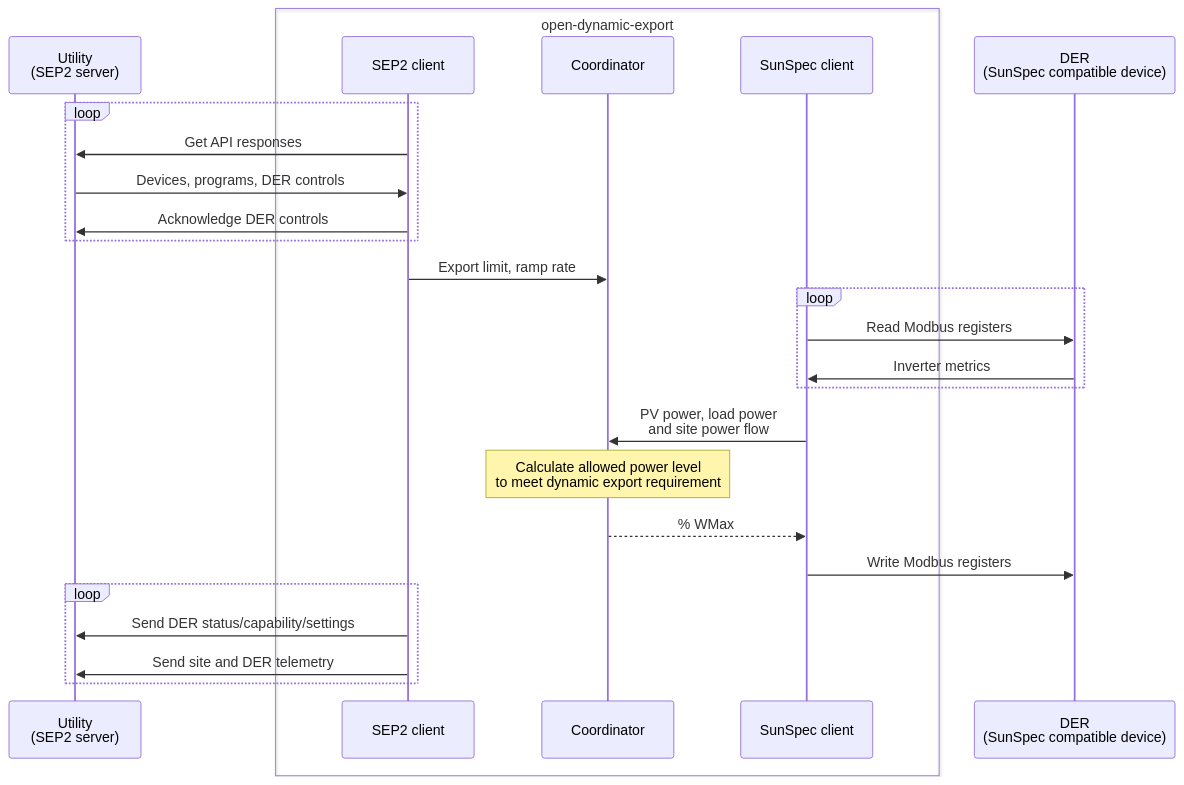
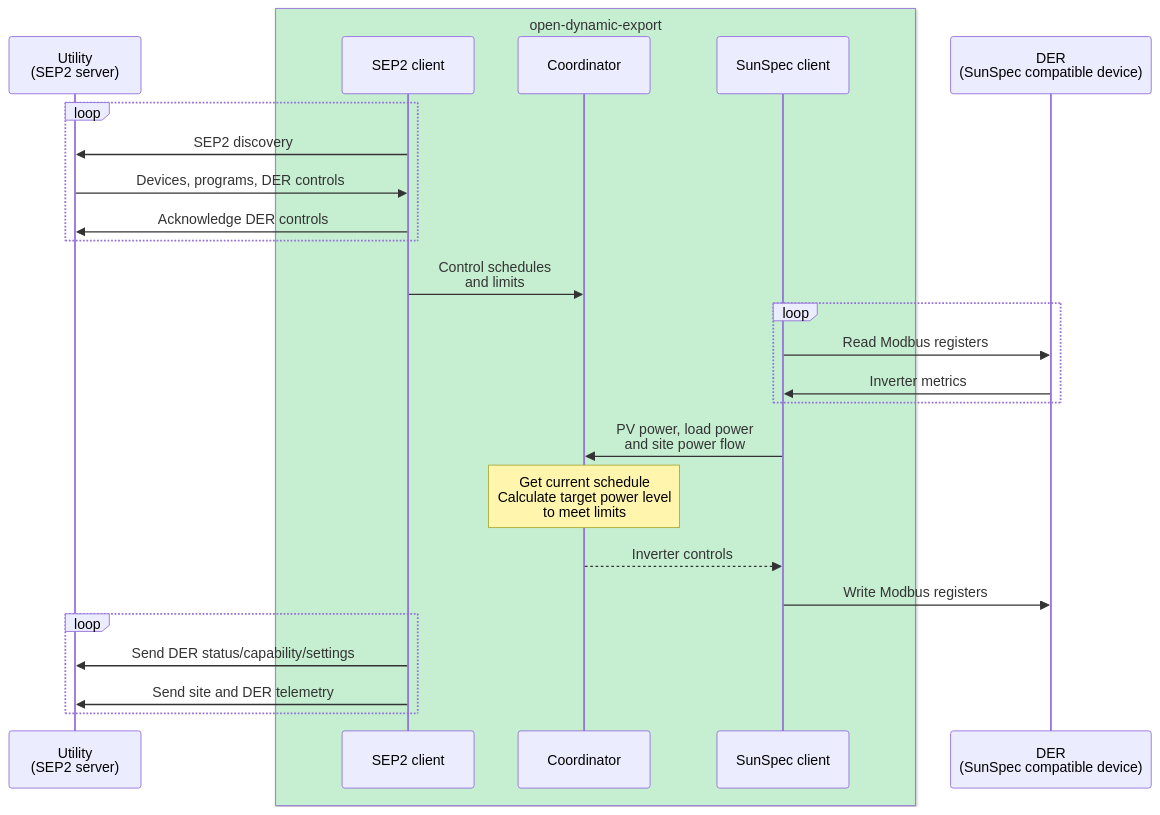
One commit to longzheng/open-dynamic-export changed the diagram in README.md. Above: the diagram before and after it, drawn with Mermaid.

````diff
--- a/README.md
+++ b/README.md
@@ -19,40 +19,40 @@
 ```mermaid
 sequenceDiagram
     participant U as Utility<br>(SEP2 server)
     participant SC as SEP2 client
     participant C as Coordinator
     participant MC as SunSpec client
     participant D as DER<br>(SunSpec compatible device)
 
     loop
-    SC->>U: Get API responses
+    SC->>U: SEP2 discovery
     U->>SC: Devices, programs, DER controls
     SC->>U: Acknowledge DER controls
     end
 
-    SC->>C: Export limit, ramp rate
+    SC->>C: Control schedules<br> and limits
 
     loop
     MC->>D: Read Modbus registers
     D->>MC: Inverter metrics
     end
 
     MC->>C: PV power, load power<br>and site power flow
 
-    Note over C: Calculate allowed power level<br>to meet dynamic export requirement
+    Note over C: Get current schedule<br>Calculate target power level<br>to meet limits
 
-    C-->>MC: % WMax
+    C-->>MC: Inverter controls
 
     MC->>D: Write Modbus registers
 
     loop
     SC->>U: Send DER status/capability/settings
     SC->>U: Send site and DER telemetry
     end
 
-    box open-dynamic-export
+    box rgb(198,239,210) open-dynamic-export
     participant SC
     participant MC
     participant C
     end
 ```
````
